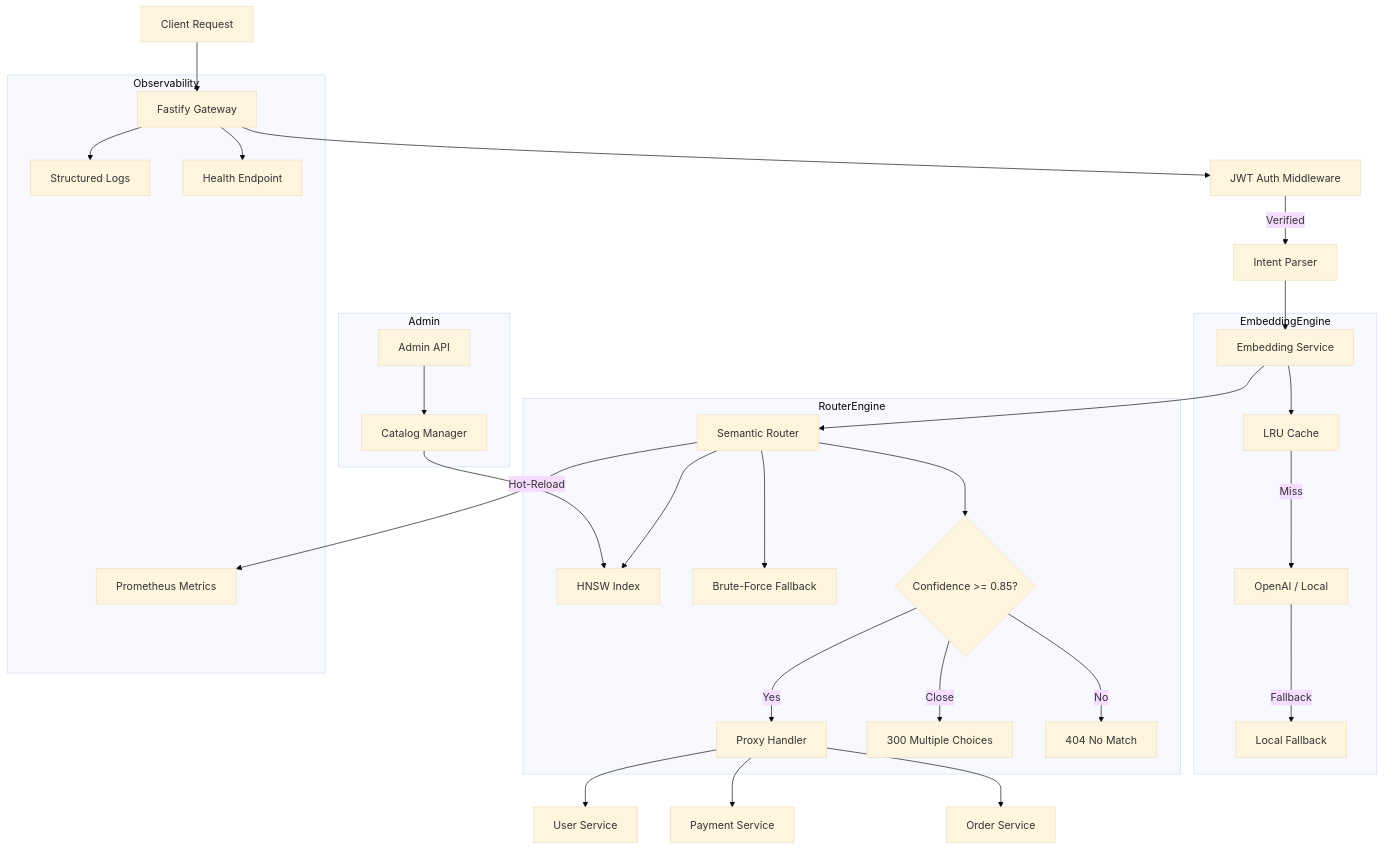
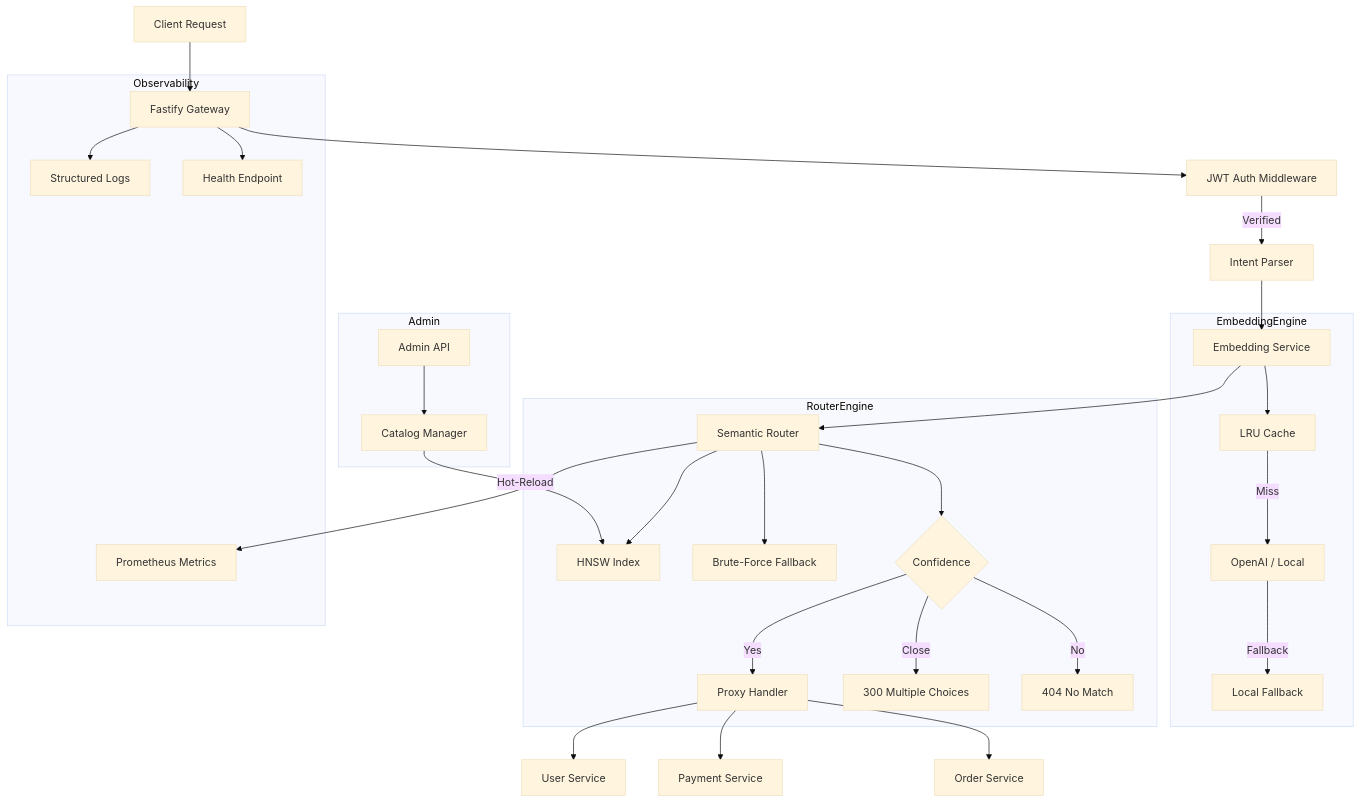
The first of 3 diagrams in ARCHITECTURE.md (jmiranda-sre/Semantic-API-Gateway-Router), drawn with Mermaid (base theme) before and after one commit. The commit also changed 1 other file, not shown here.

Commit message:
fix: remove quotes and special chars from mermaid diamond nodes
GitHub renderer does not support quoted labels inside {} diamond
syntax. Simplified to bare {Confidence} label.

````diff
--- a/ARCHITECTURE.md
+++ b/ARCHITECTURE.md
@@ -7,39 +7,39 @@
 ```mermaid
 graph TB
     Client["Client Request"] --> Gateway["Fastify Gateway"]
     Gateway --> Auth["JWT Auth Middleware"]
     Auth -->|Verified| Parser["Intent Parser"]
     Parser --> Embedding["Embedding Service"]
 
     subgraph EmbeddingEngine
         Embedding --> Cache["LRU Cache"]
         Cache -->|Miss| Provider["OpenAI / Local"]
         Provider -->|Fallback| Fallback["Local Fallback"]
     end
 
     Embedding --> Router["Semantic Router"]
 
     subgraph RouterEngine
         Router --> HNSW["HNSW Index"]
         Router --> Brute["Brute-Force Fallback"]
-        Router --> Threshold{"Confidence >= 0.85?"}
+        Router --> Threshold{Confidence}
         Threshold -->|Yes| Proxy["Proxy Handler"]
         Threshold -->|Close| Disambiguate["300 Multiple Choices"]
         Threshold -->|No| Reject["404 No Match"]
     end
 
     Proxy --> Service1["User Service"]
     Proxy --> Service2["Payment Service"]
     Proxy --> Service3["Order Service"]
 
     subgraph Admin
         AdminAPI["Admin API"] --> Catalog["Catalog Manager"]
         Catalog -->|Hot-Reload| HNSW
     end
 
     subgraph Observability
         Gateway --> Logger["Structured Logs"]
         Router --> Metrics["Prometheus Metrics"]
         Gateway --> Health["Health Endpoint"]
     end
 ```
````
